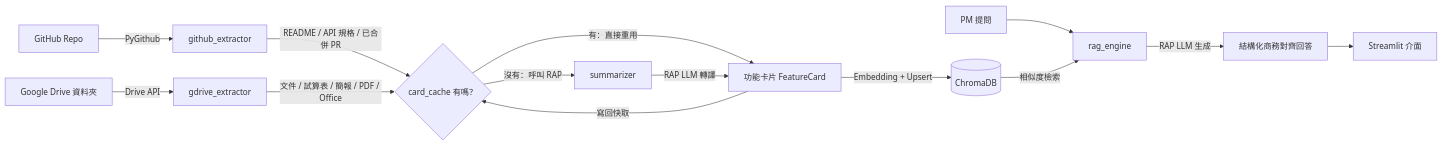
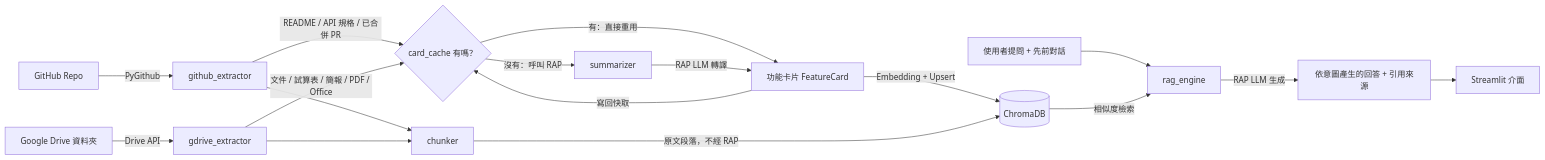
Before and after one commit to OogaryoO/PMEC_tool: the diagram in README.md, drawn with Mermaid. The commit also changed other lines of this file and 13 other files, not shown here.

````diff
--- a/README.md
+++ b/README.md
@@ -33,16 +35,19 @@
 ```mermaid
 flowchart LR
     A[GitHub Repo] -->|PyGithub| B[github_extractor]
     B -->|README / API 規格 / 已合併 PR| Z{card_cache 有嗎？}
     J[Google Drive 資料夾] -->|Drive API| K[gdrive_extractor]
     K -->|文件 / 試算表 / 簡報 / PDF / Office| Z
     Z -->|有：直接重用| D[功能卡片 FeatureCard]
     Z -->|沒有：呼叫 RAP| C[summarizer]
     C -->|RAP LLM 轉譯| D
     D -->|寫回快取| Z
     D -->|Embedding + Upsert| E[(ChromaDB)]
-    F[PM 提問] --> G[rag_engine]
+    B --> CH[chunker]
+    K --> CH
+    CH -->|原文段落，不經 RAP| E
+    F[使用者提問 + 先前對話] --> G[rag_engine]
     E -->|相似度檢索| G
-    G -->|RAP LLM 生成| H[結構化商務對齊回答]
+    G -->|RAP LLM 生成| H[依意圖產生的回答 + 引用來源]
     H --> I[Streamlit 介面]
 ```
````
